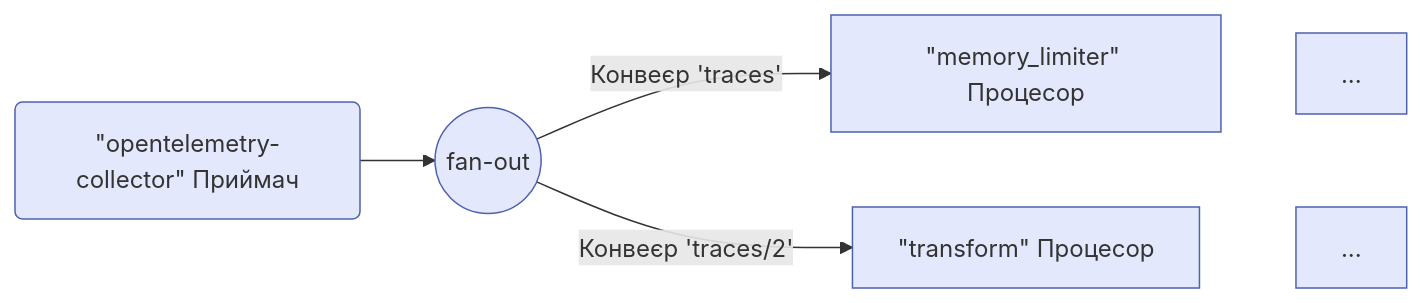
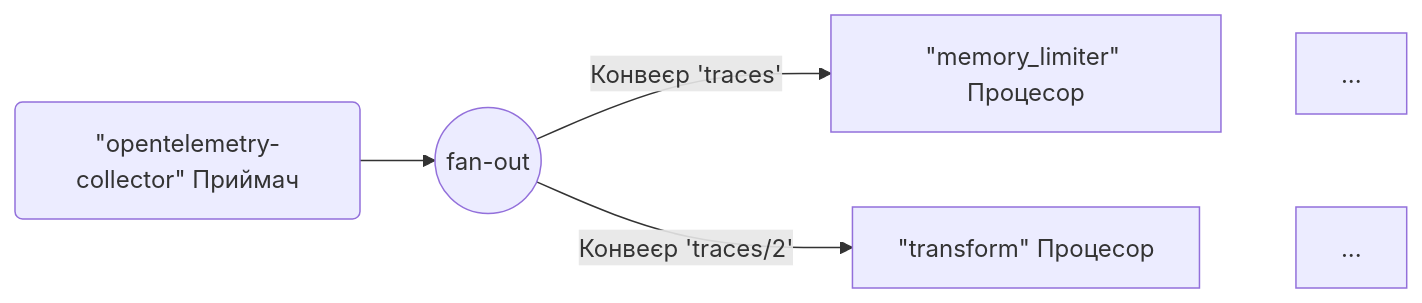
One commit to open-telemetry/opentelemetry.io changed the second of 7 diagrams in content/uk/docs/collector/architecture.md. Above: the diagram before and after it, drawn with Mermaid. The commit also changed other lines of this file and 191 other files, not shown here.

````diff
--- a/content/uk/docs/collector/architecture.md
+++ b/content/uk/docs/collector/architecture.md
@@ -100,10 +97,8 @@
 ```mermaid
 flowchart LR
-    R1("`#quot;opentelemetry-collector#quot; Приймач`") --> FO((fan-out))
-    FO -->|Конвеєр 'traces'| P1["`#quot;memory_limiter#quot; Процесор`"]
-    FO -->|Конвеєр 'traces/2'| P2["`#quot;transform#quot; Процесор`"]
-    P1 ~~~ M1[...]
-    P2 ~~~ M2[...]
-
-    classDef default fill:#e3e8fc,stroke:#4f62ad;
+  R1("`#quot;opentelemetry-collector#quot; Приймач`") --> FO((fan-out))
+  FO -->|Конвеєр 'traces'| P1["`#quot;memory_limiter#quot; Процесор`"]
+  FO -->|Конвеєр 'traces/2'| P2["`#quot;transform#quot; Процесор`"]
+  P1 ~~~ M1[...]
+  P2 ~~~ M2[...]
 ```
````
